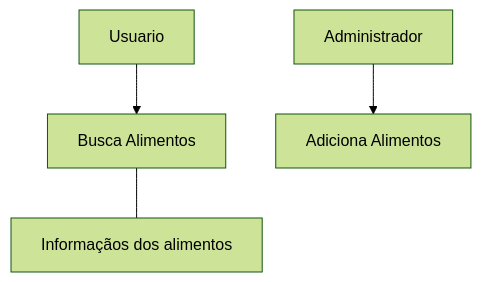
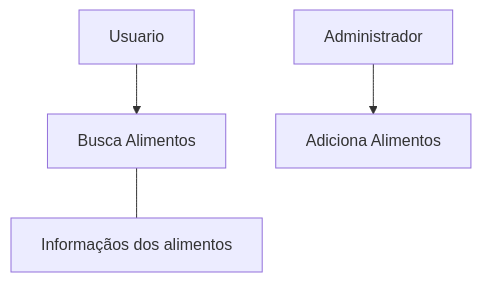
One commit to CTISM-Prof-Henry/trab-final-tarde-testa-de-amola-facao changed the diagram in diagrama_uml.md. Above: the diagram before and after it, drawn with Mermaid.

````diff
--- a/diagrama_uml.md
+++ b/diagrama_uml.md
@@ -2,11 +2,7 @@
 ```mermaid
----
-config:
-  theme: forest
-  look: classic
----
+
 flowchart TB
     A["Usuario"] --> B["Busca Alimentos"]
     B --- C["Informaçãos dos alimentos"]
     D["Administrador"] --> E["Adiciona Alimentos"]
 ```
````
